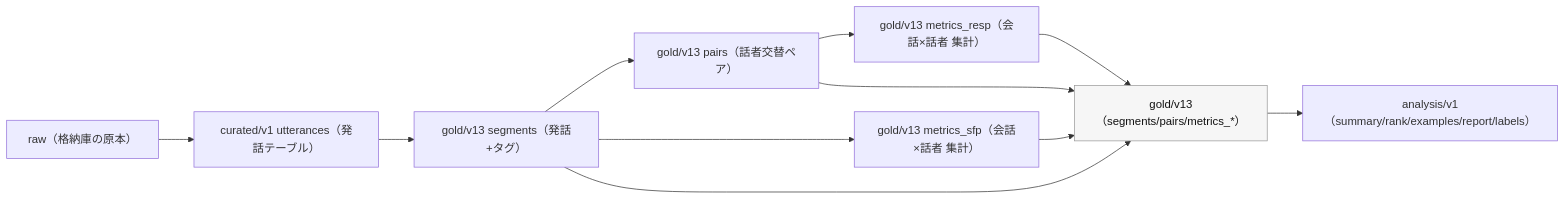
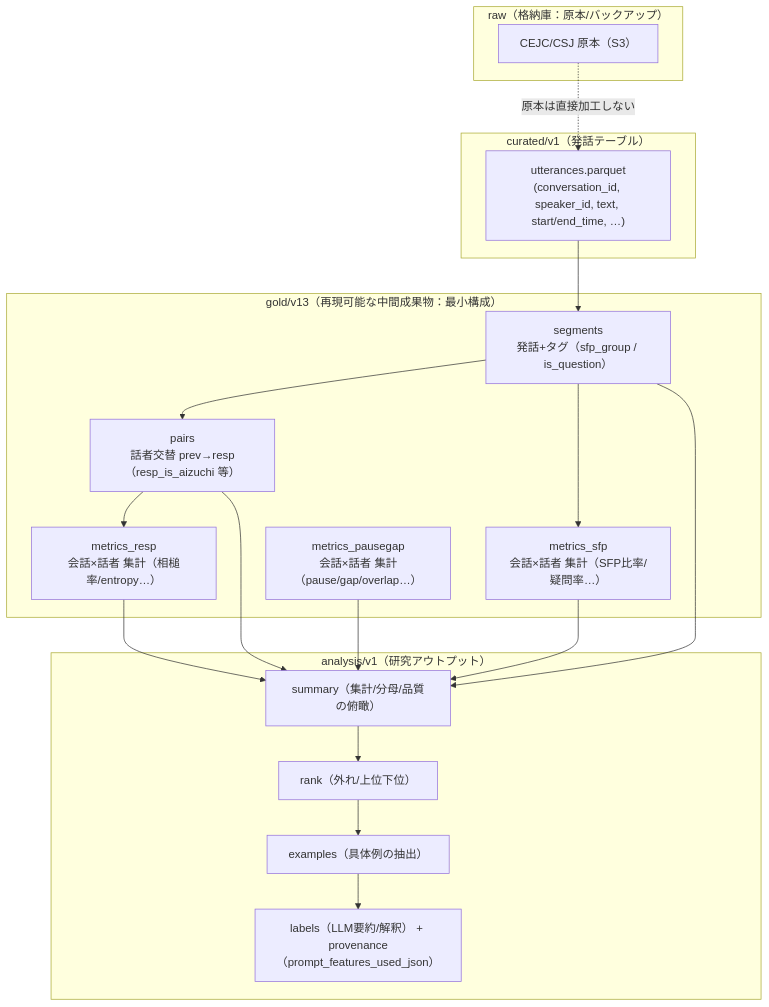
Before and after one commit to leadlea/asd: the diagram in docs/homework/yamashita_homework.md, drawn with Mermaid. The commit also changed other lines of this file, not shown here.

Commit message:
docs(homework): improve yamashita_homework (mermaid TD + table layout)

````diff
--- a/docs/homework/yamashita_homework.md
+++ b/docs/homework/yamashita_homework.md
@@ -8,15 +8,47 @@
 ```mermaid
-flowchart LR
-  RAW["raw（格納庫の原本）"] --> CUR["curated/v1 utterances（発話テーブル）"]
-  CUR --> SEG["gold/v13 segments（発話+タグ）"]
-  SEG --> PR["gold/v13 pairs（話者交替ペア）"]
-  SEG --> MSFP["gold/v13 metrics_sfp（会話×話者 集計）"]
-  PR  --> MRESP["gold/v13 metrics_resp（会話×話者 集計）"]
-  GOLD["gold/v13（segments/pairs/metrics_*）"]:::box
-  SEG --> GOLD
-  PR  --> GOLD
-  MSFP --> GOLD
-  MRESP --> GOLD
-  GOLD --> ANA["analysis/v1（summary/rank/examples/report/labels）"]
-classDef box fill:#f6f6f6,stroke:#999,color:#111;
+flowchart TD
+  %% goldの位置づけ（rawを直接触らず、curatedから再現可能に生成）
+  subgraph RAW["raw（格納庫：原本/バックアップ）"]
+    raw1["CEJC/CSJ 原本（S3）"]
+  end
+
+  subgraph CUR["curated/v1（発話テーブル）"]
+    utt["utterances.parquet
+(conversation_id, speaker_id, text, start/end_time, …)"]
+  end
+
+  subgraph GOLD["gold/v13（再現可能な中間成果物：最小構成）"]
+    seg["segments
+発話+タグ（sfp_group / is_question）"]
+    pr["pairs
+話者交替 prev→resp（resp_is_aizuchi 等）"]
+    msfp["metrics_sfp
+会話×話者 集計（SFP比率/疑問率…）"]
+    mresp["metrics_resp
+会話×話者 集計（相槌率/entropy…）"]
+    mpg["metrics_pausegap
+会話×話者 集計（pause/gap/overlap…）"]
+  end
+
+  subgraph ANA["analysis/v1（研究アウトプット）"]
+    sum["summary（集計/分母/品質の俯瞰）"]
+    rank["rank（外れ/上位下位）"]
+    ex["examples（具体例の抽出）"]
+    lab["labels（LLM要約/解釈） + provenance（prompt_features_used_json）"]
+  end
+
+  raw1 -. "原本は直接加工しない" .-> utt
+
+  utt --> seg
+  seg --> pr
+  seg --> msfp
+  pr --> mresp
+
+  seg --> sum
+  pr  --> sum
+  msfp --> sum
+  mresp --> sum
+  mpg --> sum
+
+  sum --> rank --> ex --> lab
 ```
````
